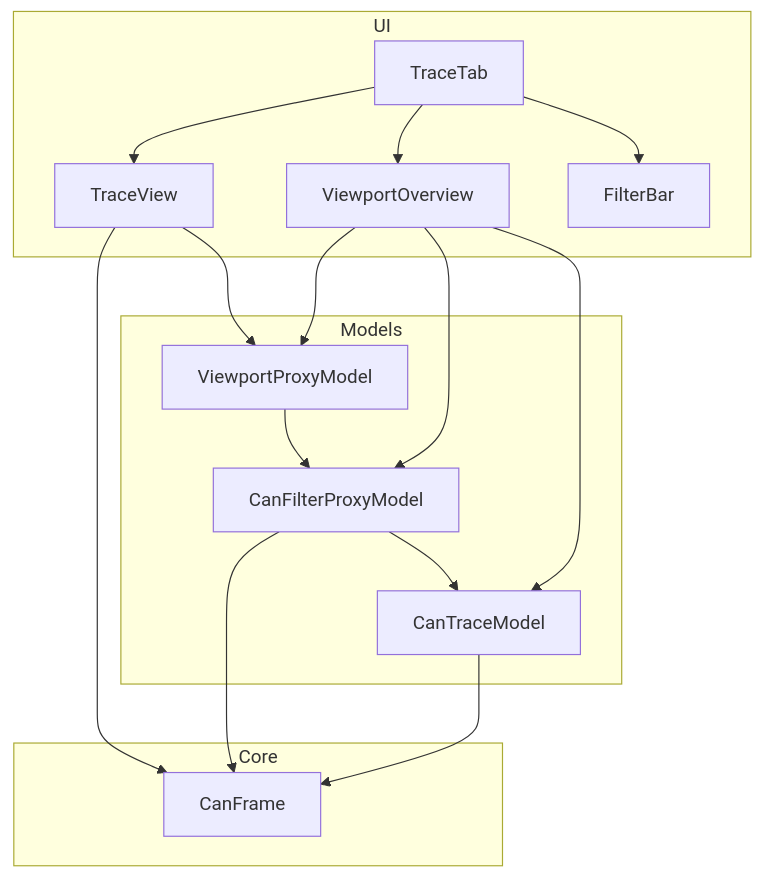
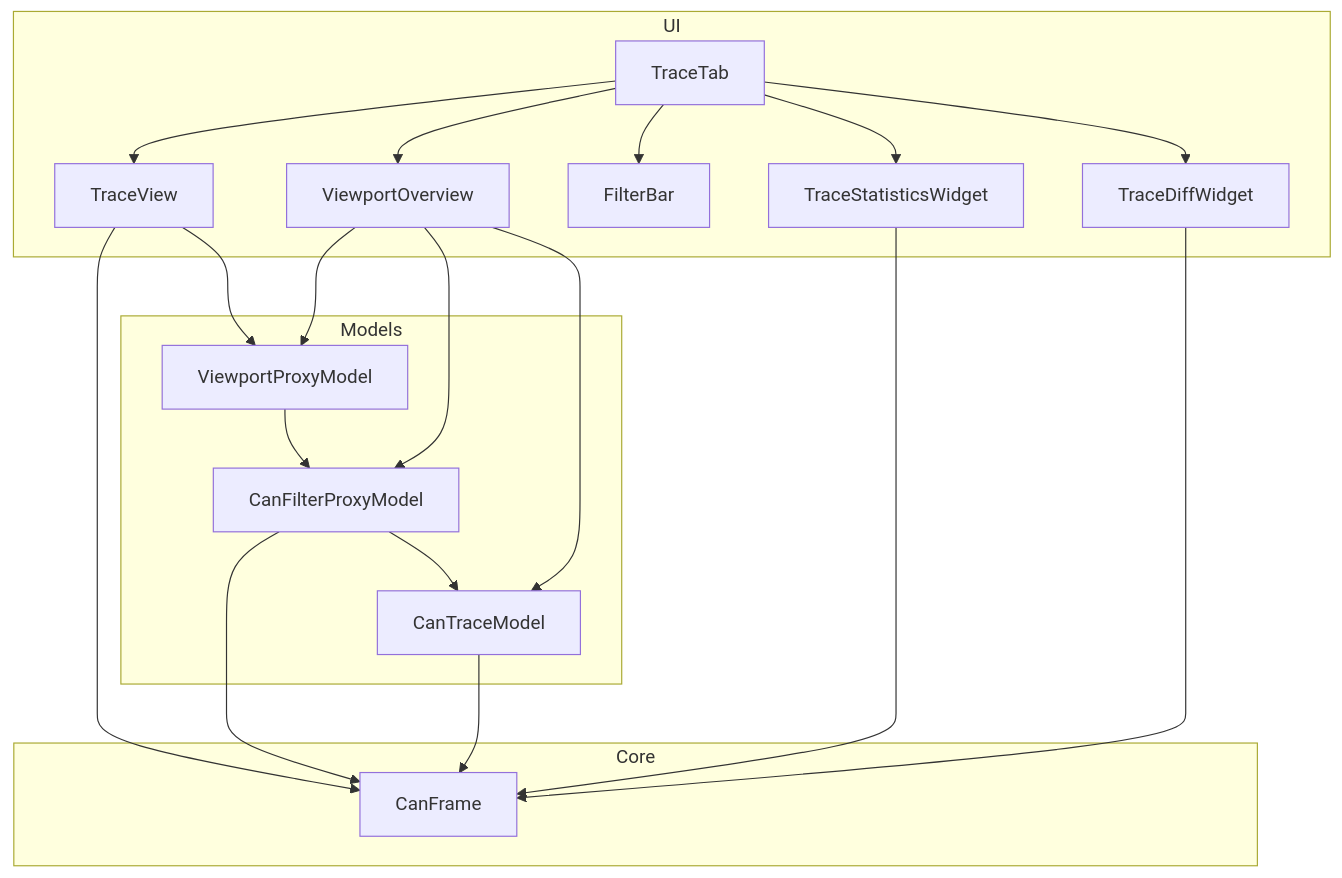
Before and after one commit to jakecai1225-design/OpenBus: the first of 8 diagrams in .qoder/repowiki/zh/content/架构设计/UI系统设计/跟踪视图视口概览.md, drawn with Mermaid. The commit also changed other lines of this file and 22 other files, not shown here.

Commit message:
trace graphic

````diff
--- a/.qoder/repowiki/zh/content/架构设计/UI系统设计/跟踪视图视口概览.md
+++ b/.qoder/repowiki/zh/content/架构设计/UI系统设计/跟踪视图视口概览.md
@@ -44,29 +48,35 @@
 ```mermaid
 graph TB
 subgraph "UI"
 TV["TraceView"]
 VO["ViewportOverview"]
 TT["TraceTab"]
 FB["FilterBar"]
+TSW["TraceStatisticsWidget"]
+TDW["TraceDiffWidget"]
 end
 subgraph "Models"
 CTM["CanTraceModel"]
 CFPM["CanFilterProxyModel"]
 VPM["ViewportProxyModel"]
 end
 subgraph "Core"
 CF["CanFrame"]
 end
 TT --> TV
 TT --> VO
 TT --> FB
+TT --> TSW
+TT --> TDW
 TV --> VPM
 VPM --> CFPM
 CFPM --> CTM
 VO --> VPM
 VO --> CFPM
 VO --> CTM
 TV --> CF
 CFPM --> CF
 CTM --> CF
+TSW --> CF
+TDW --> CF
 ```
````
